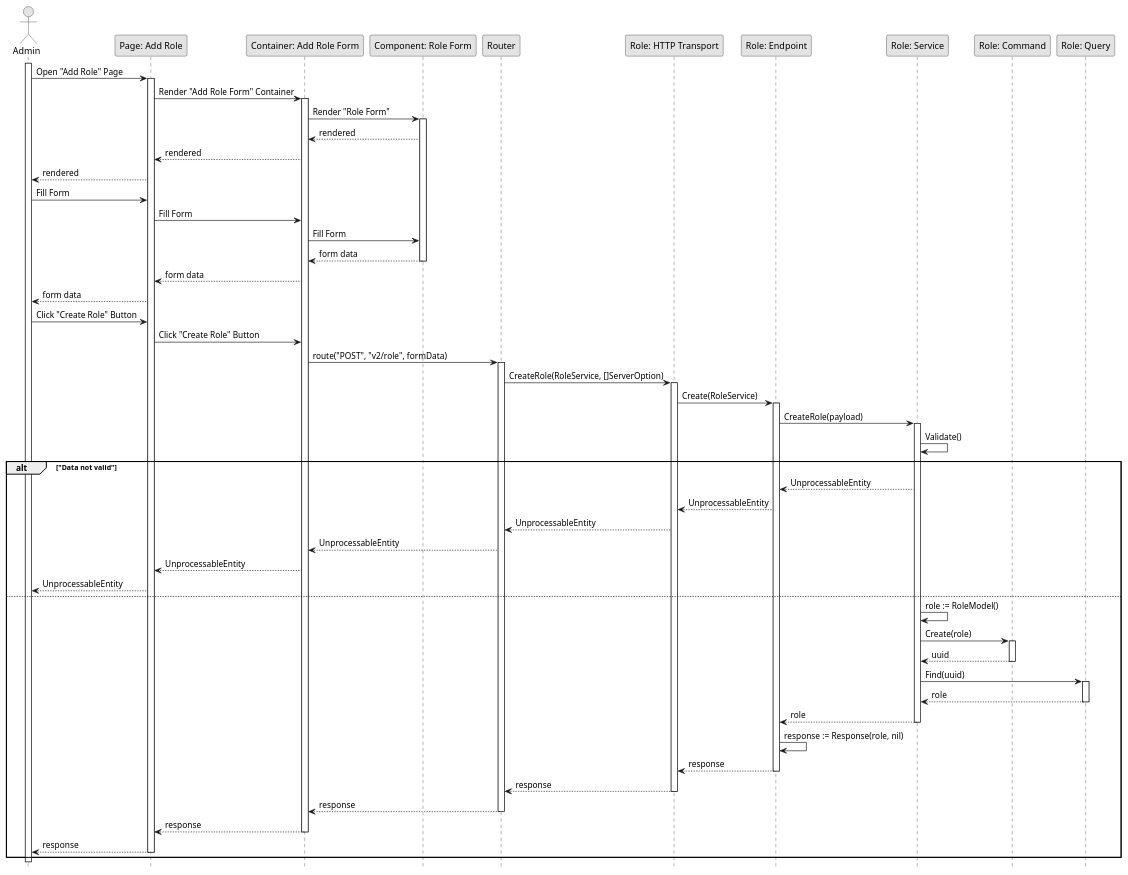
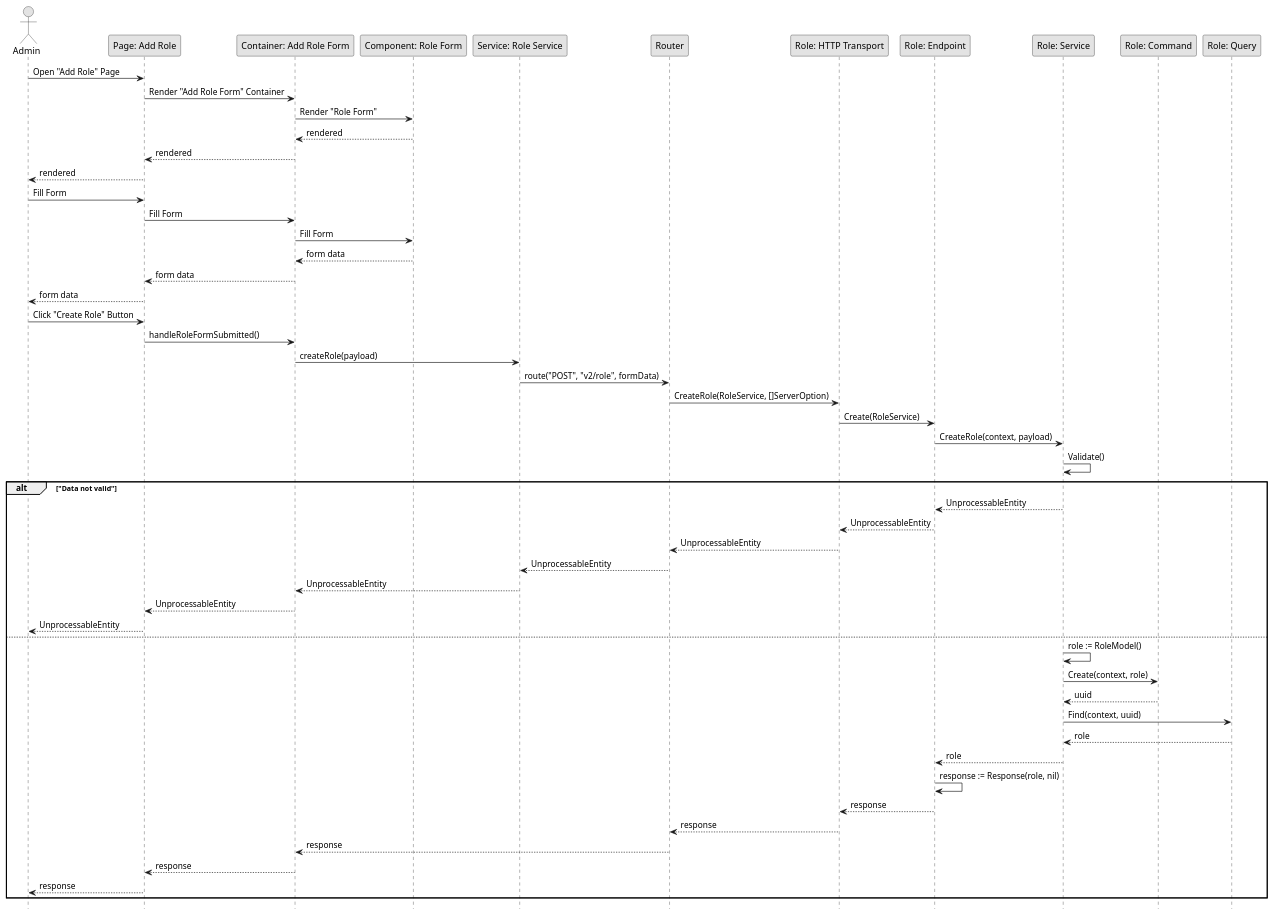
Before and after one commit to fwidjaya20/fazzlearning-uml: the diagram in Sequence/Release01/CreateRole.wsd, drawn with PlantUML. The commit also changed 38 other files, not shown here.

Commit message:
fix(sequence): fix invalid sequence flow

```diff
--- a/Sequence/Release01/CreateRole.wsd
+++ b/Sequence/Release01/CreateRole.wsd
@@ -1,84 +1,67 @@
 @startuml CreateRole
 
 skinparam Monochrome true
 skinparam Shadowing false
 hide footbox
 
 actor Admin
 participant "Page: Add Role" as AddRolePage
 participant "Container: Add Role Form" as AddRoleFormContainer
 participant "Component: Role Form" as RoleForm
+participant "Service: Role Service" as FERoleService
 participant "Router" as Router
 participant "Role: HTTP Transport" as RoleHTTPTransport
 participant "Role: Endpoint" as RoleEndpoint
 participant "Role: Service" as RoleService
 participant "Role: Command" as RoleCommand
 participant "Role: Query" as RoleQuery
 
-activate Admin
-
 Admin->AddRolePage: Open "Add Role" Page
-activate AddRolePage
 AddRolePage->AddRoleFormContainer: Render "Add Role Form" Container
-activate AddRoleFormContainer
 AddRoleFormContainer->RoleForm: Render "Role Form"
-activate RoleForm
 RoleForm-->AddRoleFormContainer: rendered
 AddRoleFormContainer-->AddRolePage: rendered
 AddRolePage-->Admin: rendered
 
 Admin->AddRolePage: Fill Form
 AddRolePage->AddRoleFormContainer: Fill Form
 AddRoleFormContainer->RoleForm: Fill Form
 RoleForm-->AddRoleFormContainer: form data
-deactivate RoleForm
 AddRoleFormContainer-->AddRolePage: form data
 AddRolePage-->Admin: form data
 
 Admin->AddRolePage: Click "Create Role" Button
-AddRolePage->AddRoleFormContainer: Click "Create Role" Button
-AddRoleFormContainer->Router: route("POST", "v2/role", formData)
-activate Router
+AddRolePage->AddRoleFormContainer: handleRoleFormSubmitted()
+AddRoleFormContainer->FERoleService: createRole(payload)
+FERoleService->Router: route("POST", "v2/role", formData)
 Router->RoleHTTPTransport: CreateRole(RoleService, []ServerOption)
-activate RoleHTTPTransport
 RoleHTTPTransport->RoleEndpoint: Create(RoleService)
-activate RoleEndpoint
-RoleEndpoint->RoleService: CreateRole(payload)
-activate RoleService
+RoleEndpoint->RoleService: CreateRole(context, payload)
 RoleService->RoleService: Validate()
 
 alt "Data not valid"
     RoleService-->RoleEndpoint: UnprocessableEntity
     RoleEndpoint-->RoleHTTPTransport: UnprocessableEntity
     RoleHTTPTransport-->Router: UnprocessableEntity
-    Router-->AddRoleFormContainer: UnprocessableEntity
+    Router-->FERoleService: UnprocessableEntity
+    FERoleService-->AddRoleFormContainer: UnprocessableEntity
     AddRoleFormContainer-->AddRolePage: UnprocessableEntity
     AddRolePage-->Admin: UnprocessableEntity
 else
     RoleService->RoleService: role := RoleModel()
-    RoleService->RoleCommand: Create(role)
-    activate RoleCommand
+    RoleService->RoleCommand: Create(context, role)
+
     RoleCommand-->RoleService: uuid
-    deactivate RoleCommand
-    RoleService->RoleQuery: Find(uuid)
-    activate RoleQuery
+    RoleService->RoleQuery: Find(context, uuid)
+
     RoleQuery-->RoleService: role
-    deactivate RoleQuery
     RoleService-->RoleEndpoint: role
-    deactivate RoleService
     RoleEndpoint->RoleEndpoint: response := Response(role, nil)
     RoleEndpoint-->RoleHTTPTransport: response
-    deactivate RoleEndpoint
     RoleHTTPTransport-->Router: response
-    deactivate RoleHTTPTransport
     Router-->AddRoleFormContainer: response
-    deactivate Router
     AddRoleFormContainer-->AddRolePage: response
-    deactivate AddRoleFormContainer
     AddRolePage-->Admin: response
-    deactivate AddRolePage
 end
 
-deactivate Admin
-
 @enduml
```
